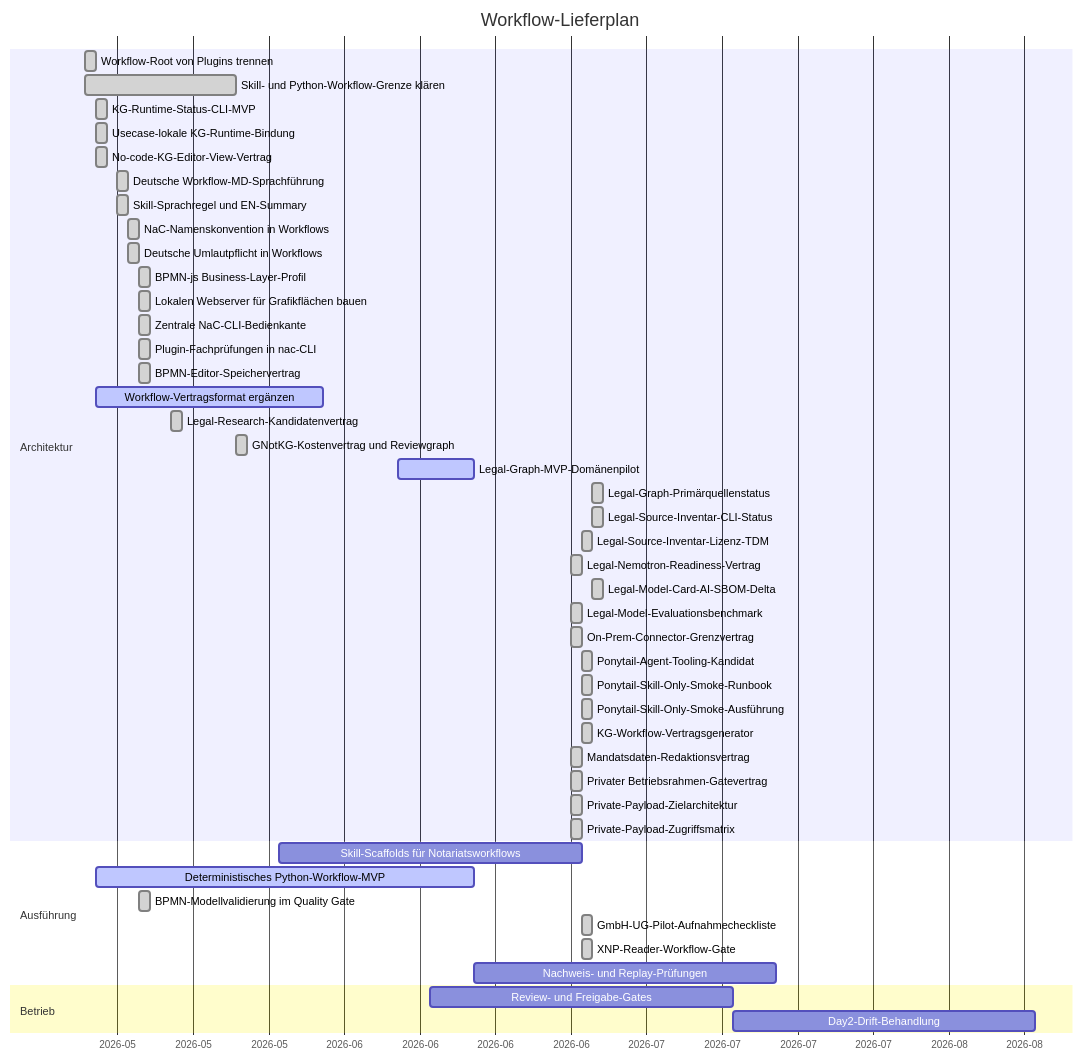
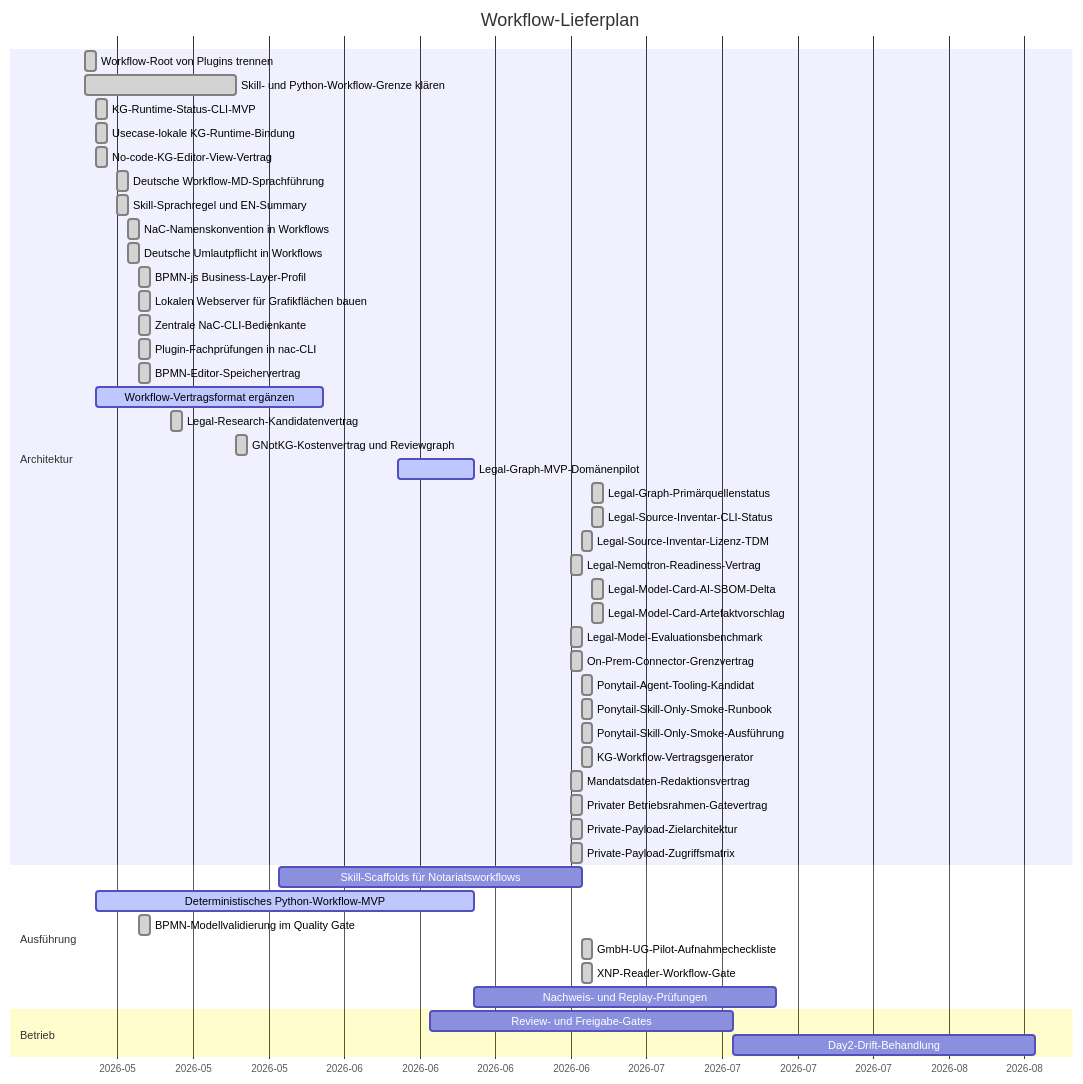
Before and after one commit to notariat8/NaC: the diagram in workflows/GANTT.md, drawn with Mermaid. The commit also changed other lines of this file and 14 other files, not shown here.

Commit message:
Add legal model card artifact proposal

````diff
--- a/workflows/GANTT.md
+++ b/workflows/GANTT.md
@@ -5,53 +5,54 @@
 ```mermaid
 gantt
     title Workflow-Lieferplan
     dateFormat  YYYY-MM-DD
     axisFormat  %Y-%m
 
     section Architektur
     Workflow-Root von Plugins trennen          :done,   w1, 2026-05-14, 1d
     Skill- und Python-Workflow-Grenze klären  :done,   w2, 2026-05-14, 14d
     KG-Runtime-Status-CLI-MVP                  :done,   w3, 2026-05-15, 1d
     Usecase-lokale KG-Runtime-Bindung          :done,   w3a, 2026-05-15, 1d
     No-code-KG-Editor-View-Vertrag             :done,   w4a, 2026-05-15, 1d
     Deutsche Workflow-MD-Sprachführung        :done,   w4b, 2026-05-17, 1d
     Skill-Sprachregel und EN-Summary            :done,   w4c, 2026-05-17, 1d
     NaC-Namenskonvention in Workflows           :done,   w4d, 2026-05-18, 1d
     Deutsche Umlautpflicht in Workflows         :done,   w4e, 2026-05-18, 1d
     BPMN-js Business-Layer-Profil               :done,   w4f, 2026-05-19, 1d
     Lokalen Webserver für Grafikflächen bauen  :done,   w4g, 2026-05-19, 1d
     Zentrale NaC-CLI-Bedienkante                :done,   w4h, 2026-05-19, 1d
     Plugin-Fachprüfungen in nac-CLI             :done,   w4i, 2026-05-19, 1d
     BPMN-Editor-Speichervertrag                 :done,   w4j, 2026-05-19, 1d
     Workflow-Vertragsformat ergänzen          :active, w4, 2026-05-15, 21d
     Legal-Research-Kandidatenvertrag           :done,   w4k, 2026-05-22, 1d
     GNotKG-Kostenvertrag und Reviewgraph        :done,   w4l, 2026-05-28, 1d
     Legal-Graph-MVP-Domänenpilot              :active, w4m, 2026-06-12, 7d
     Legal-Graph-Primärquellenstatus            :done,   w4z, 2026-06-30, 1d
     Legal-Source-Inventar-CLI-Status           :done,   w4aa, 2026-06-30, 1d
     Legal-Source-Inventar-Lizenz-TDM           :done,   w4u, 2026-06-29, 1d
     Legal-Nemotron-Readiness-Vertrag            :done,   w4s, 2026-06-28, 1d
     Legal-Model-Card-AI-SBOM-Delta             :done,   w4ab, 2026-06-30, 1d
+    Legal-Model-Card-Artefaktvorschlag         :done,   w4ac, 2026-06-30, 1d
     Legal-Model-Evaluationsbenchmark           :done,   w4t, 2026-06-28, 1d
     On-Prem-Connector-Grenzvertrag            :done,   w4n, 2026-06-28, 1d
     Ponytail-Agent-Tooling-Kandidat            :done,   w4v, 2026-06-29, 1d
     Ponytail-Skill-Only-Smoke-Runbook          :done,   w4w, 2026-06-29, 1d
     Ponytail-Skill-Only-Smoke-Ausführung       :done,   w4x, 2026-06-29, 1d
     KG-Workflow-Vertragsgenerator              :done,   w4y, 2026-06-29, 1d
     Mandatsdaten-Redaktionsvertrag             :done,   w4o, 2026-06-28, 1d
     Privater Betriebsrahmen-Gatevertrag        :done,   w4p, 2026-06-28, 1d
     Private-Payload-Zielarchitektur            :done,   w4q, 2026-06-28, 1d
     Private-Payload-Zugriffsmatrix             :done,   w4r, 2026-06-28, 1d
 
     section Ausführung
     Skill-Scaffolds für Notariatsworkflows    :        w5, 2026-06-01, 28d
     Deterministisches Python-Workflow-MVP      :active, w6, 2026-05-15, 35d
     BPMN-Modellvalidierung im Quality Gate      :done,   w6a, 2026-05-19, 1d
     GmbH-UG-Pilot-Aufnahmecheckliste           :done,   w6b, 2026-06-29, 1d
     XNP-Reader-Workflow-Gate                   :done,   w6c, 2026-06-29, 1d
     Nachweis- und Replay-Prüfungen            :        w7, after w6, 28d
 
     section Betrieb
     Review- und Freigabe-Gates                 :        w8, 2026-06-15, 28d
     Day2-Drift-Behandlung                      :        w9, after w8, 28d
 ```
````
